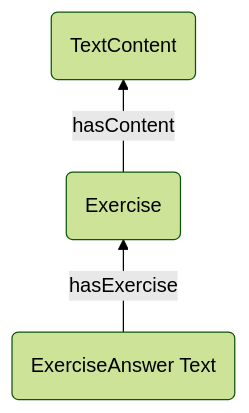
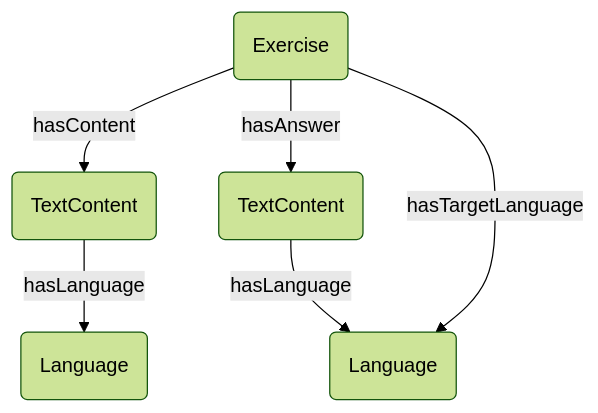
One commit to Explik/diybirdyapp changed the tenth of 10 diagrams in docs/graph-representation.md. Above: the diagram before and after it, drawn with Mermaid (forest theme). The commit also changed other lines of this file, not shown here.

Commit message:
Updating graph representation prior to development

````diff
--- a/docs/graph-representation.md
+++ b/docs/graph-representation.md
@@ -128,9 +137,14 @@
 ```mermaid
-graph BT
-V1(Exercise)
-V2(TextContent)
-V3(ExerciseAnswer Text)
+graph TB
+Exercise(Exercise)
+TextContent1(TextContent)
+TextContent2(TextContent)
+Language1(Language)
+Language2(Language)
 
-V1--hasContent-->V2
-V3--hasExercise-->V1
+Exercise--hasContent-->TextContent1
+TextContent1--hasLanguage-->Language1
+Exercise--hasAnswer-->TextContent2
+TextContent2--hasLanguage-->Language2
+Exercise--hasTargetLanguage-->Language2
 ```
````
